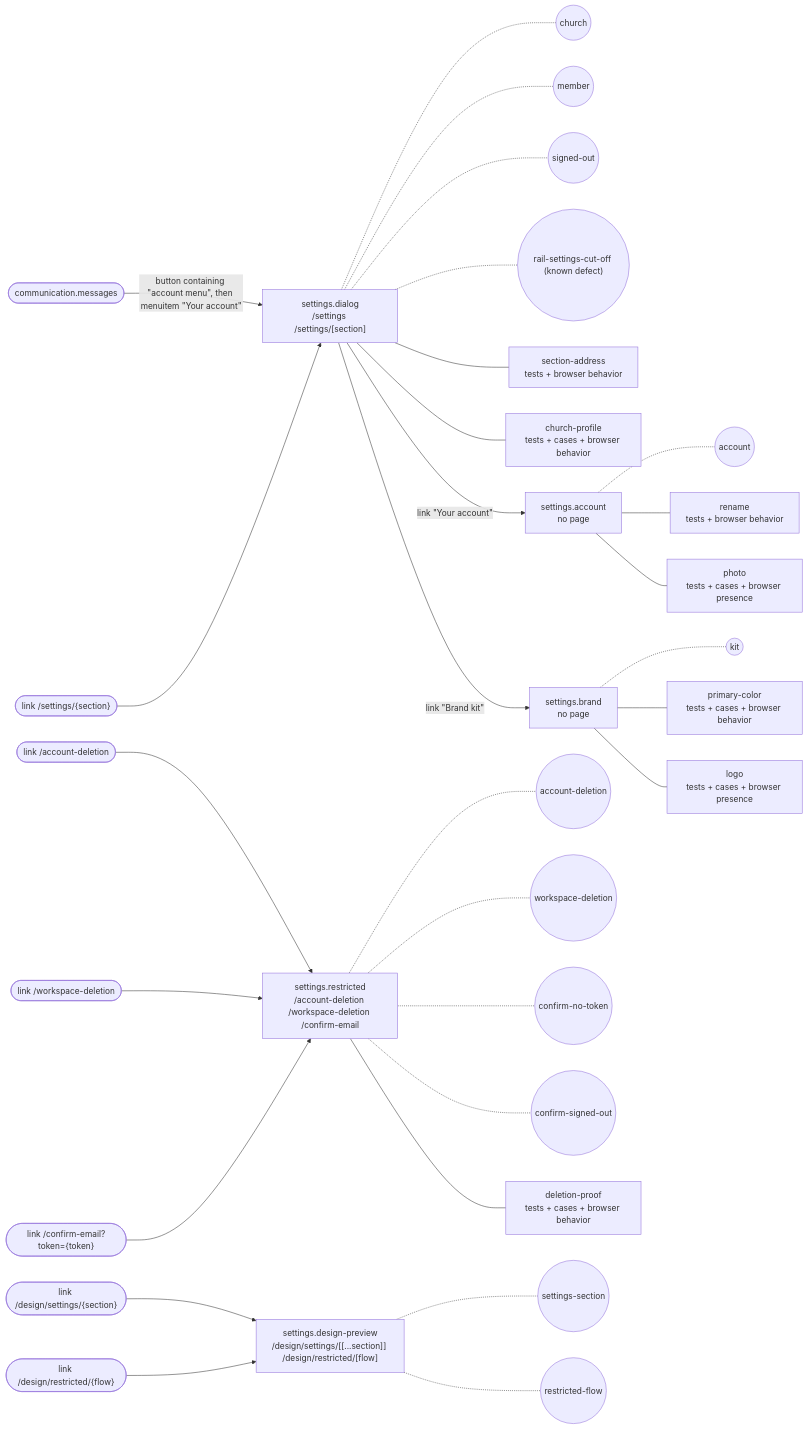
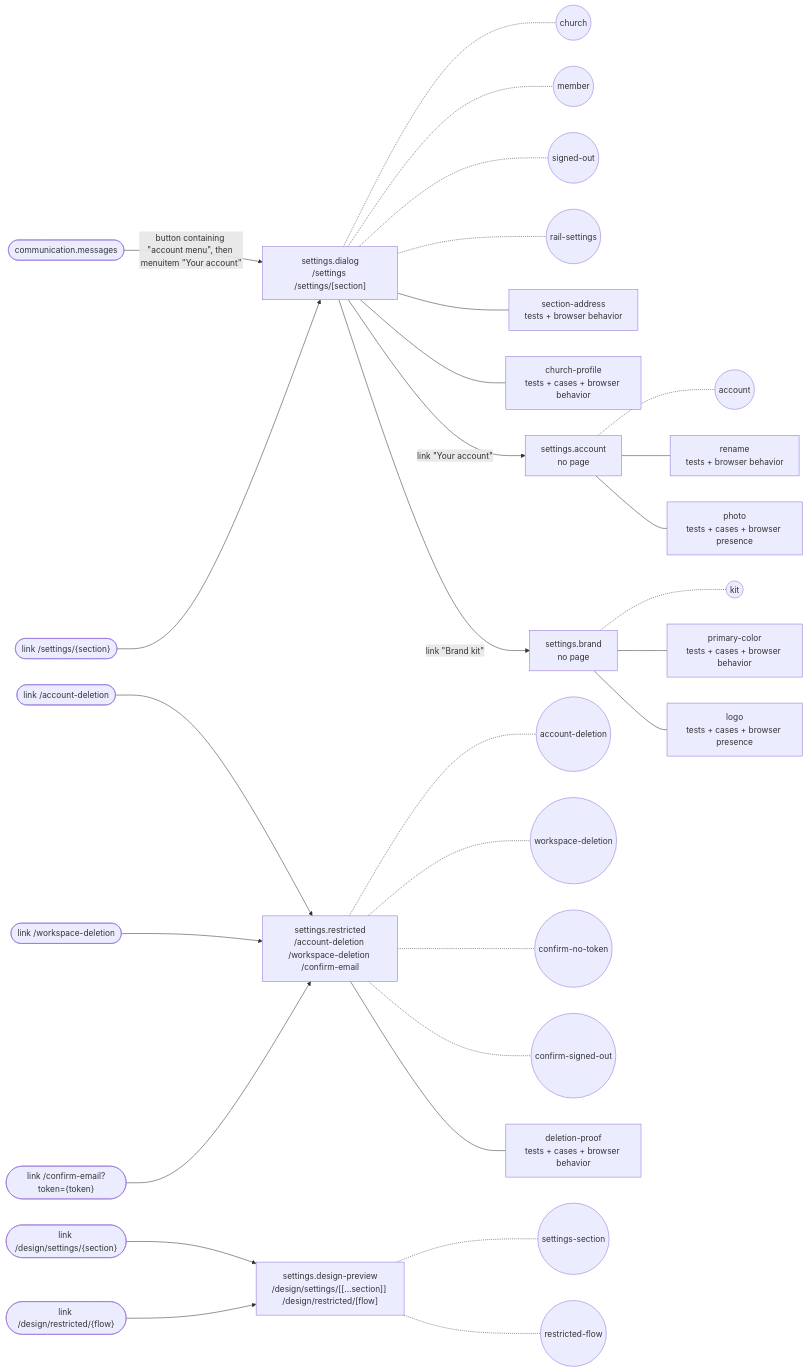
One commit to SebastianGarces/everyfield changed the diagram in docs/feature-maps/settings.md. Above: the diagram before and after it, drawn with Mermaid. The commit also changed other lines of this file and 2 other files, not shown here.

First line of the commit message:
Product finding: the rail's Settings entry is cut off in short windows

````diff
--- a/docs/feature-maps/settings.md
+++ b/docs/feature-maps/settings.md
@@ -6,43 +6,43 @@
 ```mermaid
 flowchart LR
   s0_link1(["link /settings/{section}"])
   s3_link0(["link /account-deletion"])
   s3_link1(["link /workspace-deletion"])
   s3_link2(["link /confirm-email?token={token}"])
   s4_link0(["link /design/settings/{section}"])
   s4_link1(["link /design/restricted/{flow}"])
   x_communication_messages(["communication.messages"])
   s0["settings.dialog<br/>/settings /settings/[section]"]
   x_communication_messages -- "button containing #quot;account menu#quot;, then menuitem #quot;Your account#quot;" --> s0
   s0_link1 --> s0
   s0 -.- s0_st0(("church"))
   s0 -.- s0_st1(("member"))
   s0 -.- s0_st2(("signed-out"))
-  s0 -.- s0_st3(("rail-settings-cut-off (known defect)"))
+  s0 -.- s0_st3(("rail-settings"))
   s0 --- s0_b0["section-address<br/>tests + browser behavior"]
   s0 --- s0_b1["church-profile<br/>tests + cases + browser behavior"]
   s1["settings.account<br/>no page"]
   s0 -- "link #quot;Your account#quot;" --> s1
   s1 -.- s1_st0(("account"))
   s1 --- s1_b0["rename<br/>tests + browser behavior"]
   s1 --- s1_b1["photo<br/>tests + cases + browser presence"]
   s2["settings.brand<br/>no page"]
   s0 -- "link #quot;Brand kit#quot;" --> s2
   s2 -.- s2_st0(("kit"))
   s2 --- s2_b0["primary-color<br/>tests + cases + browser behavior"]
   s2 --- s2_b1["logo<br/>tests + cases + browser presence"]
   s3["settings.restricted<br/>/account-deletion /workspace-deletion /confirm-email"]
   s3_link0 --> s3
   s3_link1 --> s3
   s3_link2 --> s3
   s3 -.- s3_st0(("account-deletion"))
   s3 -.- s3_st1(("workspace-deletion"))
   s3 -.- s3_st2(("confirm-no-token"))
   s3 -.- s3_st3(("confirm-signed-out"))
   s3 --- s3_b0["deletion-proof<br/>tests + cases + browser behavior"]
   s4["settings.design-preview<br/>/design/settings/[[...section]] /design/restricted/[flow]"]
   s4_link0 --> s4
   s4_link1 --> s4
   s4 -.- s4_st0(("settings-section"))
   s4 -.- s4_st1(("restricted-flow"))
 ```
````
